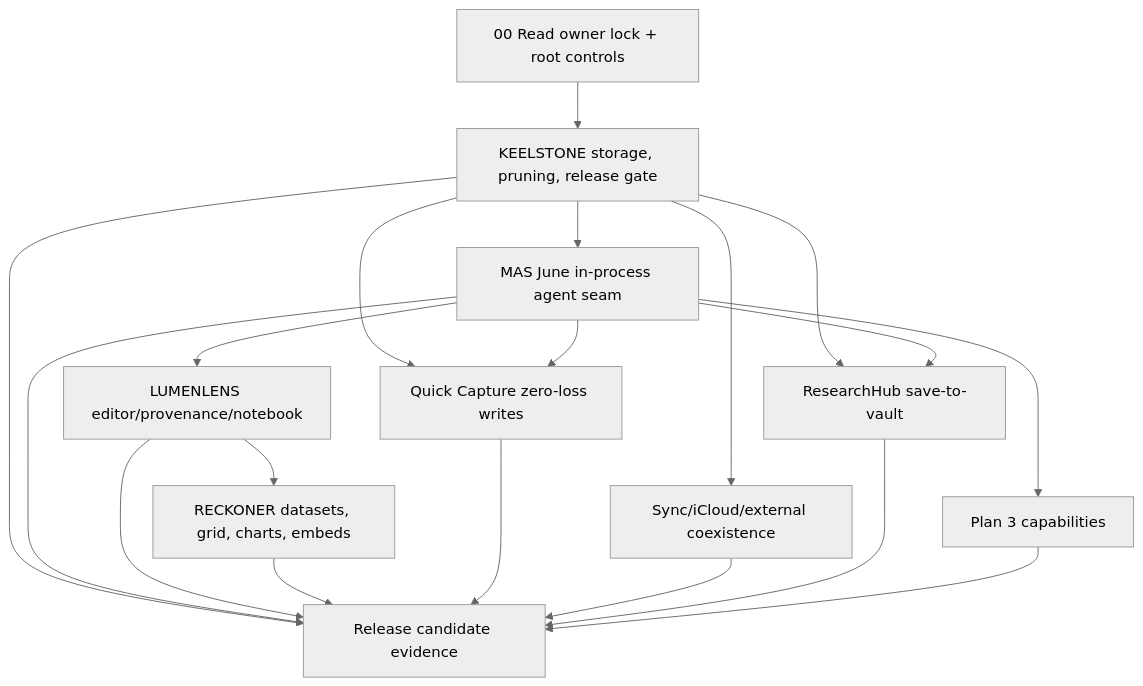
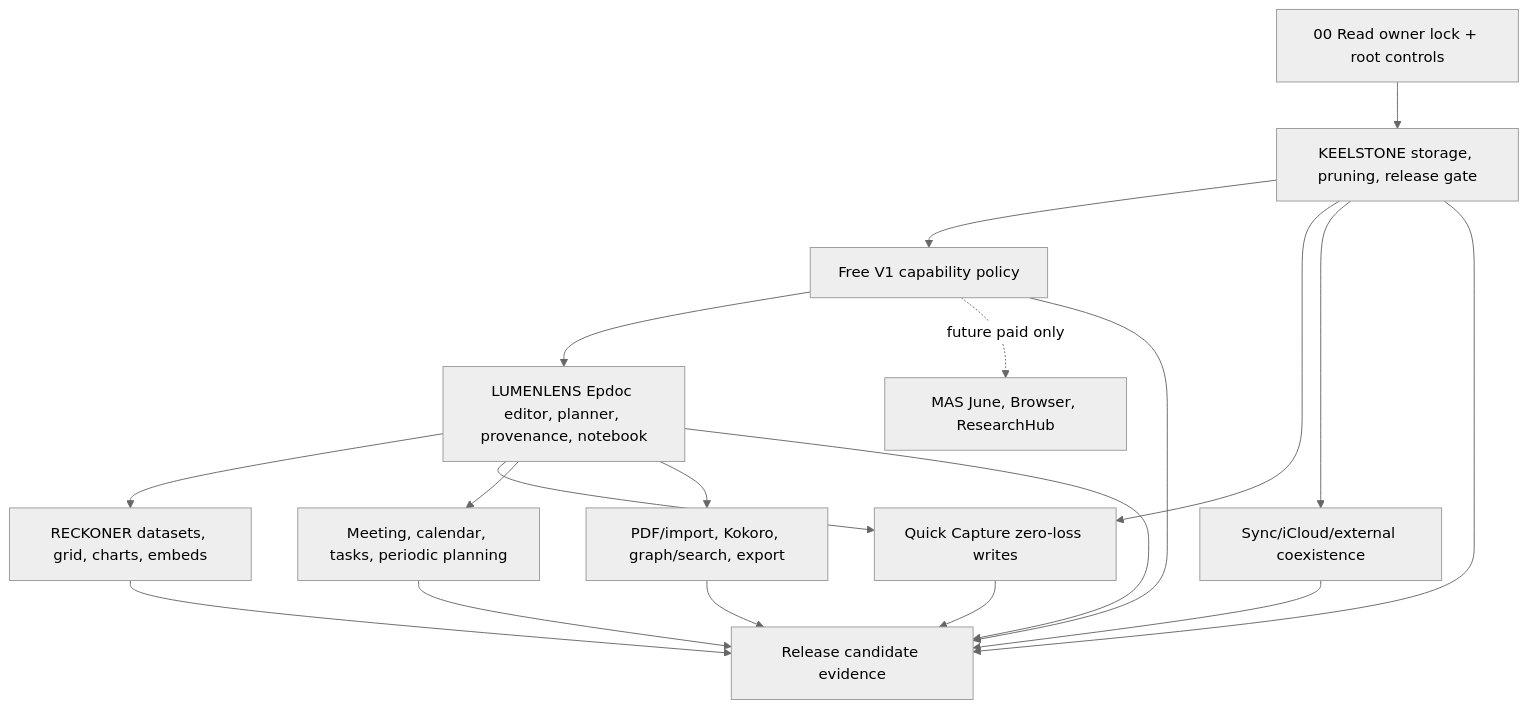
One commit to BlickandMorty/Epistemos changed the diagram in docs/canon/epistemos_mas_master_canon_2026_07_08/02_MASTER_BUILD_ORDER_AND_DEPENDENCY_GRAPH.md. Above: the diagram before and after it, drawn with Mermaid (neutral theme). The commit also changed other lines of this file and 57 other files, not shown here.

Commit message:
feat: define free v1 paid capability boundary

````diff
--- a/docs/canon/epistemos_mas_master_canon_2026_07_08/02_MASTER_BUILD_ORDER_AND_DEPENDENCY_GRAPH.md
+++ b/docs/canon/epistemos_mas_master_canon_2026_07_08/02_MASTER_BUILD_ORDER_AND_DEPENDENCY_GRAPH.md
@@ -5,21 +8,21 @@
 ```mermaid
 flowchart TD
   A[00 Read owner lock + root controls] --> B[KEELSTONE storage, pruning, release gate]
-  B --> C[MAS June in-process agent seam]
-  C --> D[LUMENLENS editor/provenance/notebook]
+  B --> C[Free V1 capability policy]
+  C --> D[LUMENLENS Epdoc editor, planner, provenance, notebook]
   D --> E[RECKONER datasets, grid, charts, embeds]
   B --> F[Quick Capture zero-loss writes]
-  C --> F
+  D --> F
   B --> G[Sync/iCloud/external coexistence]
-  B --> H[ResearchHub save-to-vault]
-  C --> H
-  C --> I[Plan 3 capabilities]
+  D --> H[Meeting, calendar, tasks, periodic planning]
+  D --> I[PDF/import, Kokoro, graph/search, export]
+  C -. future paid only .-> P[MAS June, Browser, ResearchHub]
   B --> J[Release candidate evidence]
   C --> J
   D --> J
   E --> J
   F --> J
   G --> J
   H --> J
   I --> J
 ```
````
